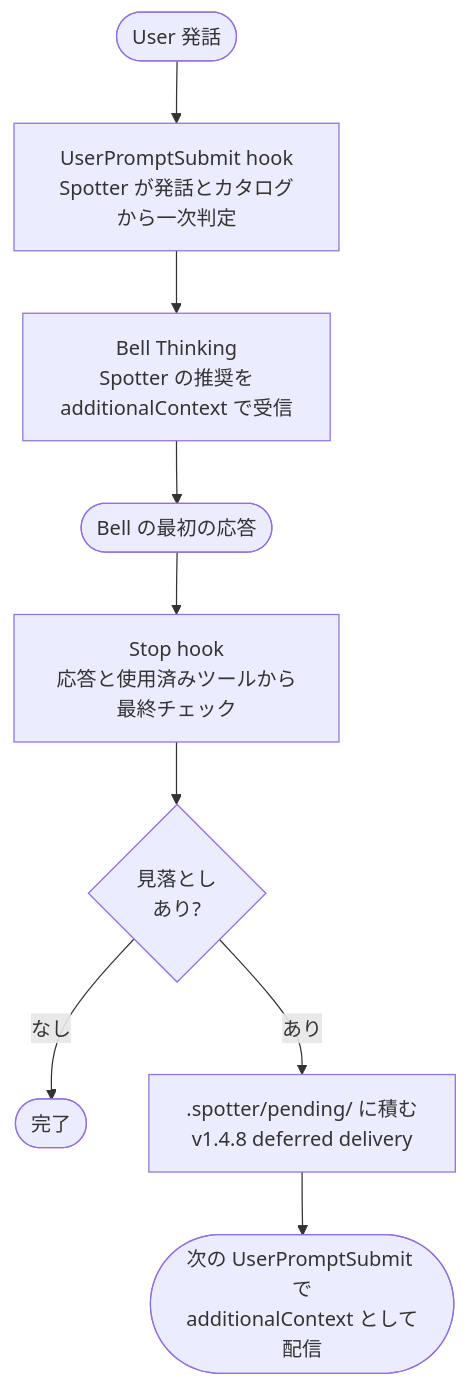
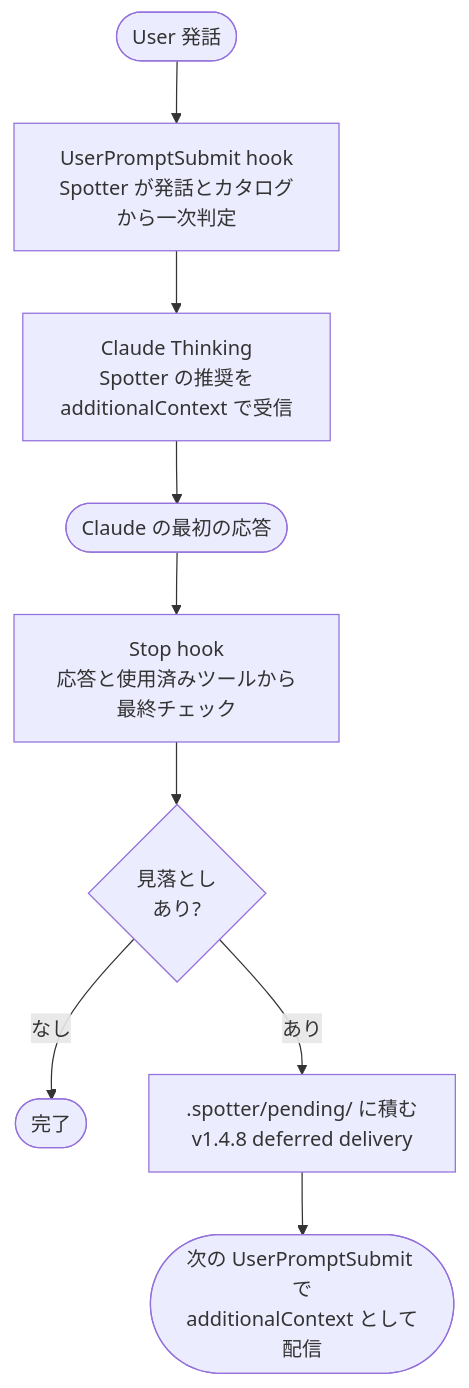
One commit to kitepon-rgb/Spotter changed the first of 2 diagrams in README.ja.md. Above: the diagram before and after it, drawn with Mermaid. The commit also changed other lines of this file and 4 other files, not shown here.

````diff
--- a/README.ja.md
+++ b/README.ja.md
@@ -94,11 +94,11 @@
 ```mermaid
 flowchart TD
     U([User 発話]) --> UPH[UserPromptSubmit hook<br/>Spotter が発話とカタログから一次判定]
-    UPH --> BT[Bell Thinking<br/>Spotter の推奨を<br/>additionalContext で受信]
-    BT --> BA([Bell の最初の応答])
+    UPH --> BT[Claude Thinking<br/>Spotter の推奨を<br/>additionalContext で受信]
+    BT --> BA([Claude の最初の応答])
     BA --> SH[Stop hook<br/>応答と使用済みツールから最終チェック]
     SH --> DEC{見落とし<br/>あり?}
     DEC -->|なし| DONE([完了])
     DEC -->|あり| SB[.spotter/pending/ に積む<br/>v1.4.8 deferred delivery]
     SB --> NEXT([次の UserPromptSubmit で<br/>additionalContext として配信])
 ```
````
